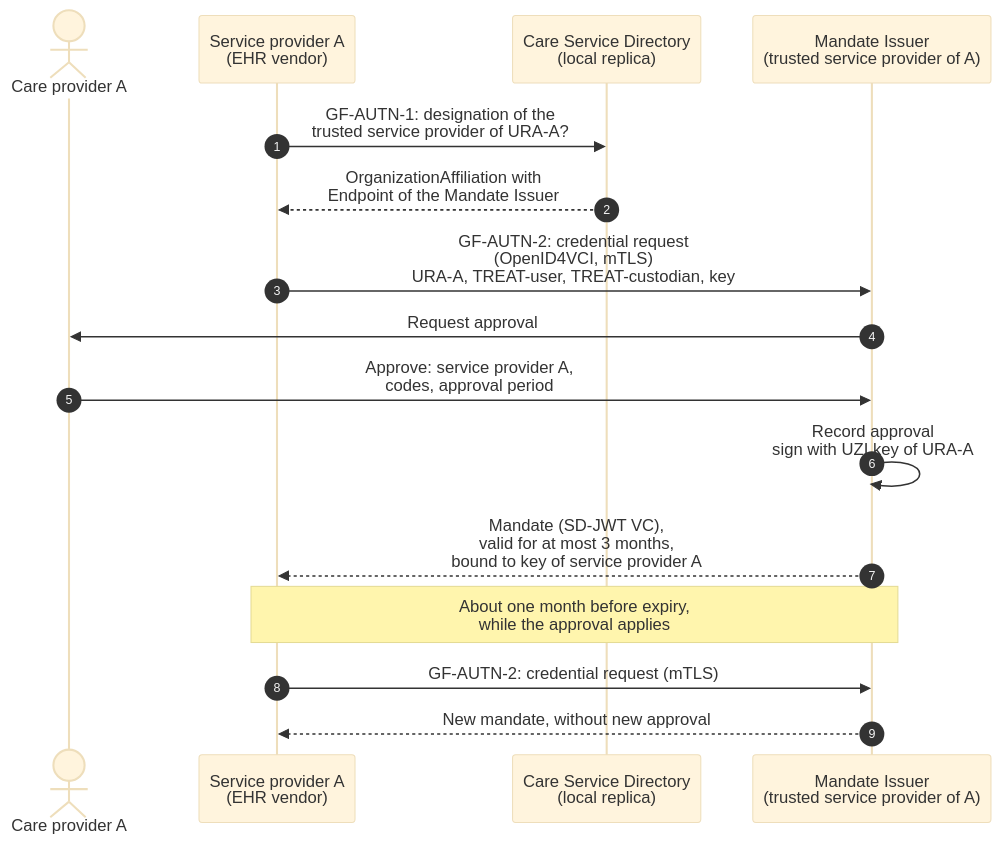
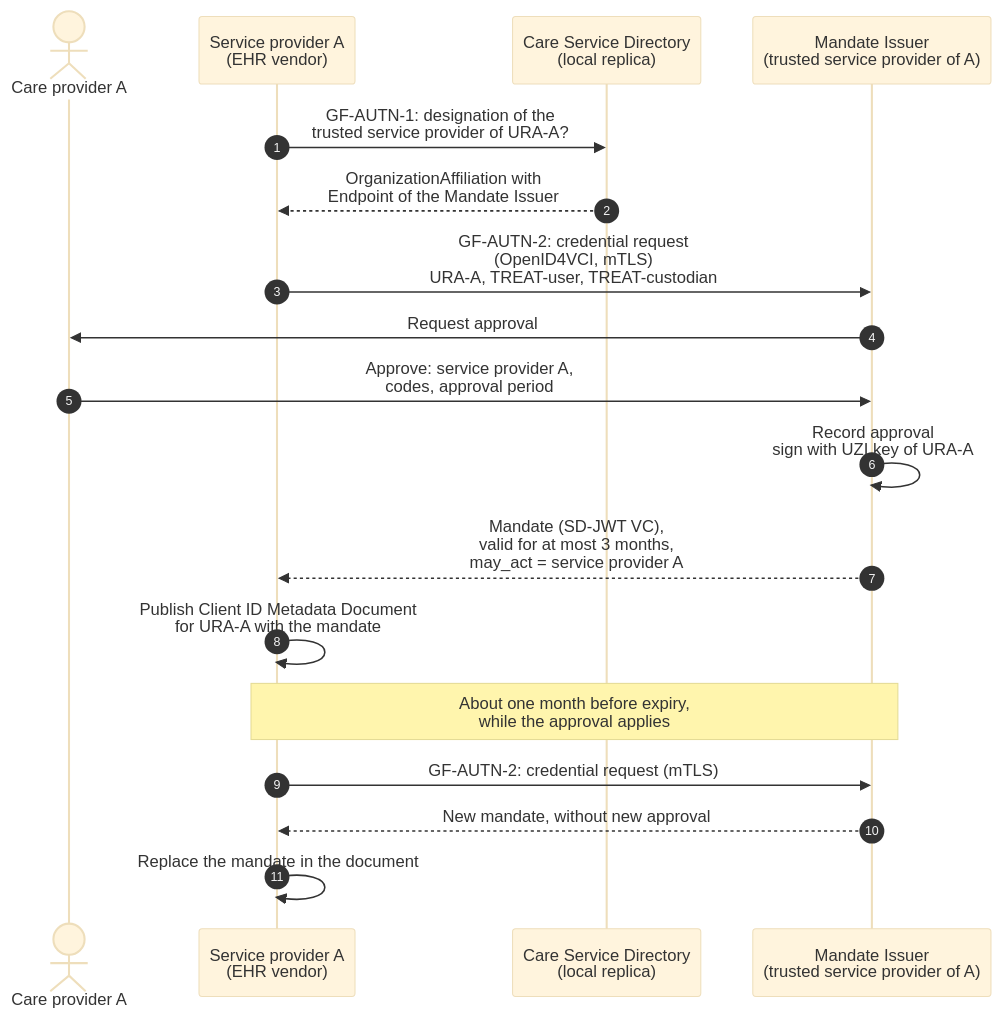
Before and after one commit to minvws/generiekefuncties-docs: the second of 3 diagrams in input/pagecontent/authentication.md, drawn with Mermaid (base theme). The commit also changed other lines of this file and 4 other files, not shown here.

````diff
--- a/input/pagecontent/authentication.md
+++ b/input/pagecontent/authentication.md
@@ -470,20 +528,22 @@
 ```mermaid
 sequenceDiagram
     autonumber
     actor CPA as Care provider A
     participant SPA as Service provider A<br/>(EHR vendor)
     participant CSD as Care Service Directory<br/>(local replica)
     participant MI as Mandate Issuer<br/>(trusted service provider of A)
 
     SPA->>CSD: GF-AUTN-1: designation of the<br/>trusted service provider of URA-A?
     CSD-->>SPA: OrganizationAffiliation with<br/>Endpoint of the Mandate Issuer
-    SPA->>MI: GF-AUTN-2: credential request<br/>(OpenID4VCI, mTLS)<br/>URA-A, TREAT-user, TREAT-custodian, key
+    SPA->>MI: GF-AUTN-2: credential request<br/>(OpenID4VCI, mTLS)<br/>URA-A, TREAT-user, TREAT-custodian
     MI->>CPA: Request approval
     CPA->>MI: Approve: service provider A,<br/>codes, approval period
     MI->>MI: Record approval<br/>sign with UZI key of URA-A
-    MI-->>SPA: Mandate (SD-JWT VC),<br/>valid for at most 3 months,<br/>bound to key of service provider A
+    MI-->>SPA: Mandate (SD-JWT VC),<br/>valid for at most 3 months,<br/>may_act = service provider A
+    SPA->>SPA: Publish Client ID Metadata Document<br/>for URA-A with the mandate
 
     Note over SPA,MI: About one month before expiry,<br/>while the approval applies
     SPA->>MI: GF-AUTN-2: credential request (mTLS)
     MI-->>SPA: New mandate, without new approval
+    SPA->>SPA: Replace the mandate in the document
 ```
````
